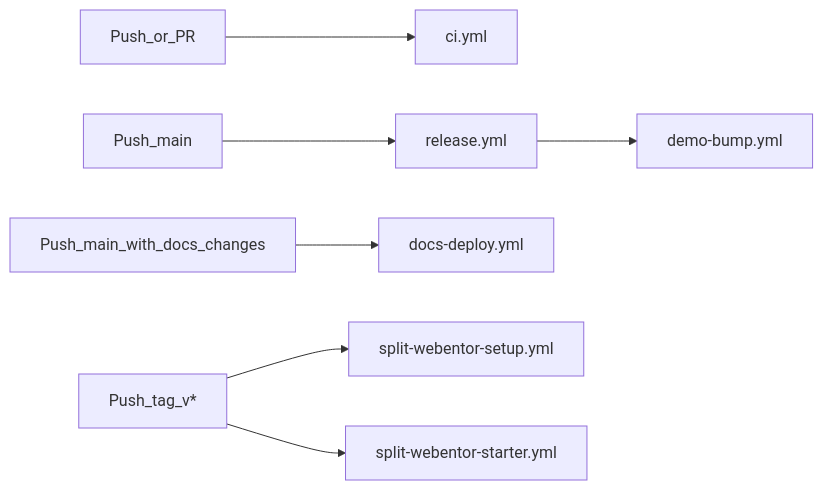
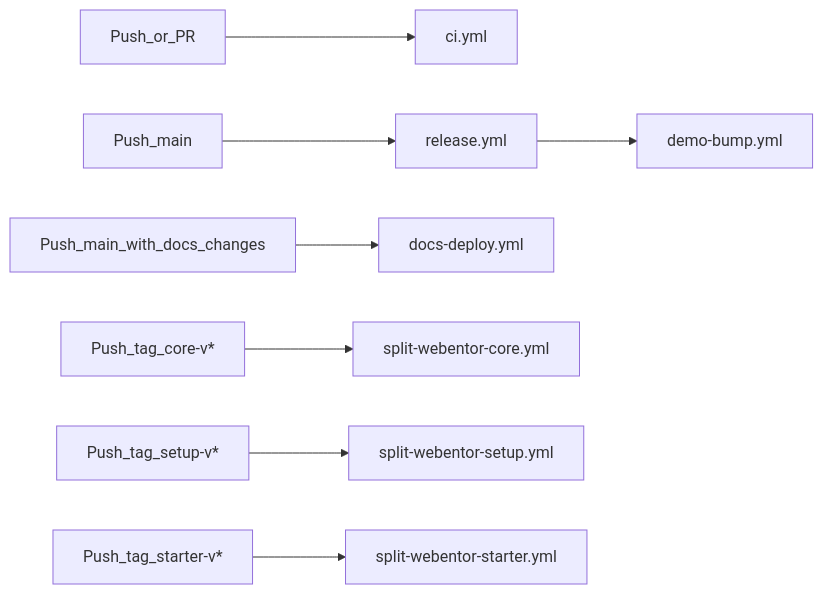
Before and after one commit to Webikon/webentor-stack: the diagram in docs/src/contributing/developer-playbook.md, drawn with Mermaid. The commit also changed other lines of this file and 30 other files, not shown here.

````diff
--- a/docs/src/contributing/developer-playbook.md
+++ b/docs/src/contributing/developer-playbook.md
@@ -70,9 +71,10 @@
 ```mermaid
 flowchart LR
   pushOrPr["Push_or_PR"] --> ci["ci.yml"]
   pushMain["Push_main"] --> release["release.yml"]
   release --> demoBump["demo-bump.yml"]
   pushMainDocs["Push_main_with_docs_changes"] --> docsDeploy["docs-deploy.yml"]
-  pushTag["Push_tag_v*"] --> splitSetup["split-webentor-setup.yml"]
-  pushTag --> splitStarter["split-webentor-starter.yml"]
+  pushCoreTag["Push_tag_core-v*"] --> splitCore["split-webentor-core.yml"]
+  pushSetupTag["Push_tag_setup-v*"] --> splitSetup["split-webentor-setup.yml"]
+  pushStarterTag["Push_tag_starter-v*"] --> splitStarter["split-webentor-starter.yml"]
 ```
````
